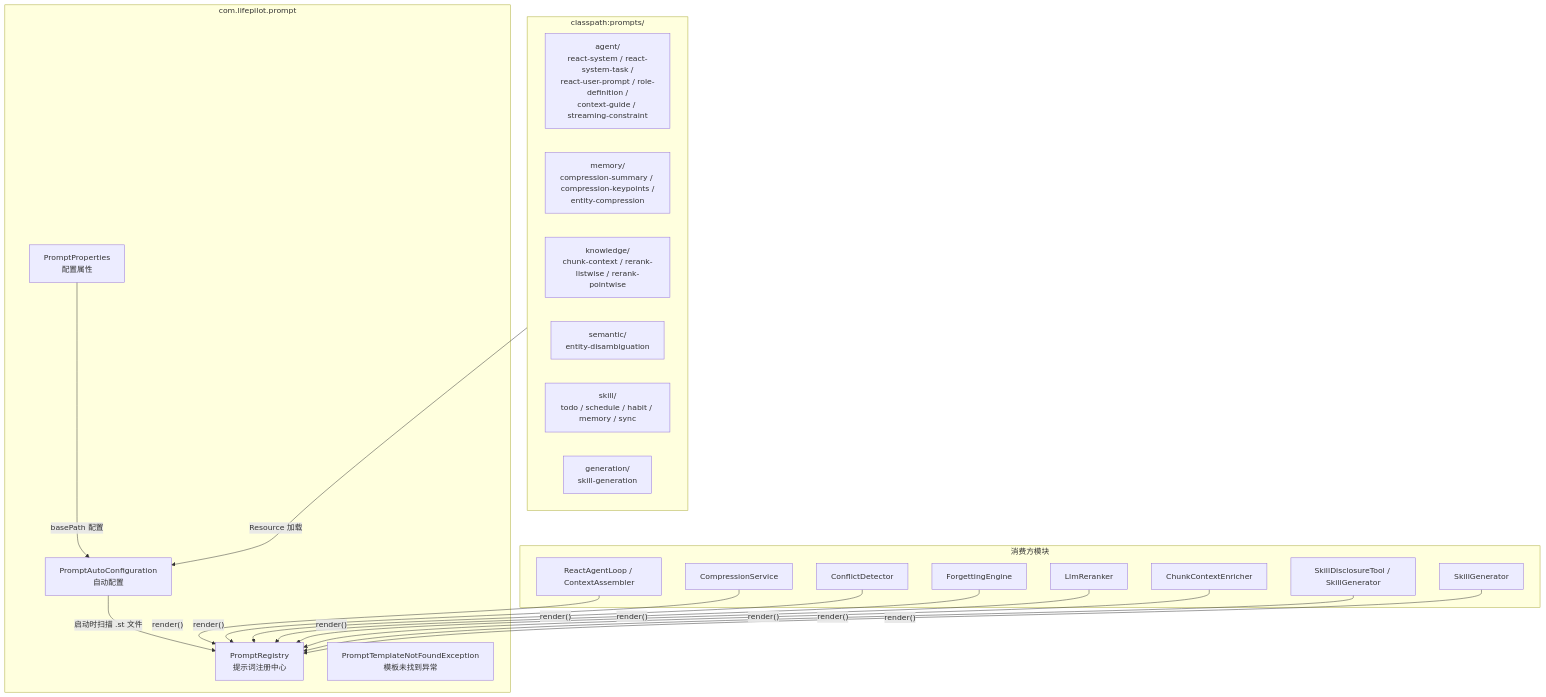
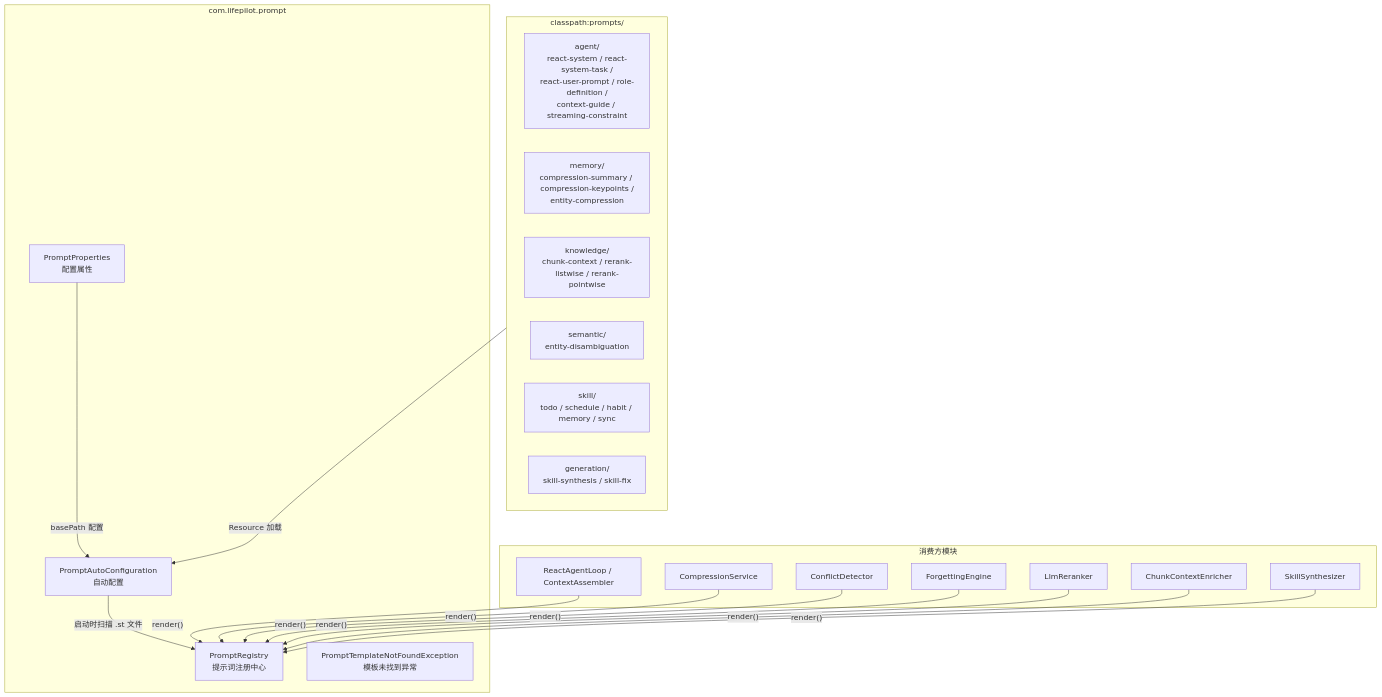
The first of 2 diagrams in docs/architecture/prompt-management.md (ntygod/LifePilot), drawn with Mermaid before and after one commit. The commit also changed other lines of this file and 263 other files, not shown here.

````diff
--- a/docs/architecture/prompt-management.md
+++ b/docs/architecture/prompt-management.md
@@ -13,43 +13,41 @@
 ```mermaid
 graph TB
     subgraph prompt["com.lifepilot.prompt"]
         PR["PromptRegistry<br/>提示词注册中心"]
         PAC["PromptAutoConfiguration<br/>自动配置"]
         PP["PromptProperties<br/>配置属性"]
         PTNF["PromptTemplateNotFoundException<br/>模板未找到异常"]
     end
 
     subgraph templates["classpath:prompts/"]
         T_AGENT["agent/<br/>react-system / react-system-task /<br/>react-user-prompt / role-definition /<br/>context-guide / streaming-constraint"]
         T_MEMORY["memory/<br/>compression-summary / compression-keypoints /<br/>entity-compression"]
         T_KNOWLEDGE["knowledge/<br/>chunk-context / rerank-listwise / rerank-pointwise"]
         T_SEMANTIC["semantic/<br/>entity-disambiguation"]
         T_SKILL["skill/<br/>todo / schedule / habit / memory / sync"]
-        T_GEN["generation/<br/>skill-generation"]
+        T_GEN["generation/<br/>skill-synthesis / skill-fix"]
     end
 
     subgraph consumers["消费方模块"]
         AL["ReactAgentLoop / ContextAssembler"]
         CS["CompressionService"]
         CD["ConflictDetector"]
         FE["ForgettingEngine"]
         LR["LlmReranker"]
         CE["ChunkContextEnricher"]
-        SP["SkillDisclosureTool / SkillGenerator"]
-        SG["SkillGenerator"]
+        SS["SkillSynthesizer"]
     end
 
     PAC -->|"启动时扫描 .st 文件"| PR
     PP -->|"basePath 配置"| PAC
     templates -->|"Resource 加载"| PAC
 
     AL -->|"render()"| PR
     CS -->|"render()"| PR
     CD -->|"render()"| PR
     FE -->|"render()"| PR
     LR -->|"render()"| PR
     CE -->|"render()"| PR
-    SP -->|"render()"| PR
-    SG -->|"render()"| PR
+    SS -->|"render()"| PR
 
 ```
````
